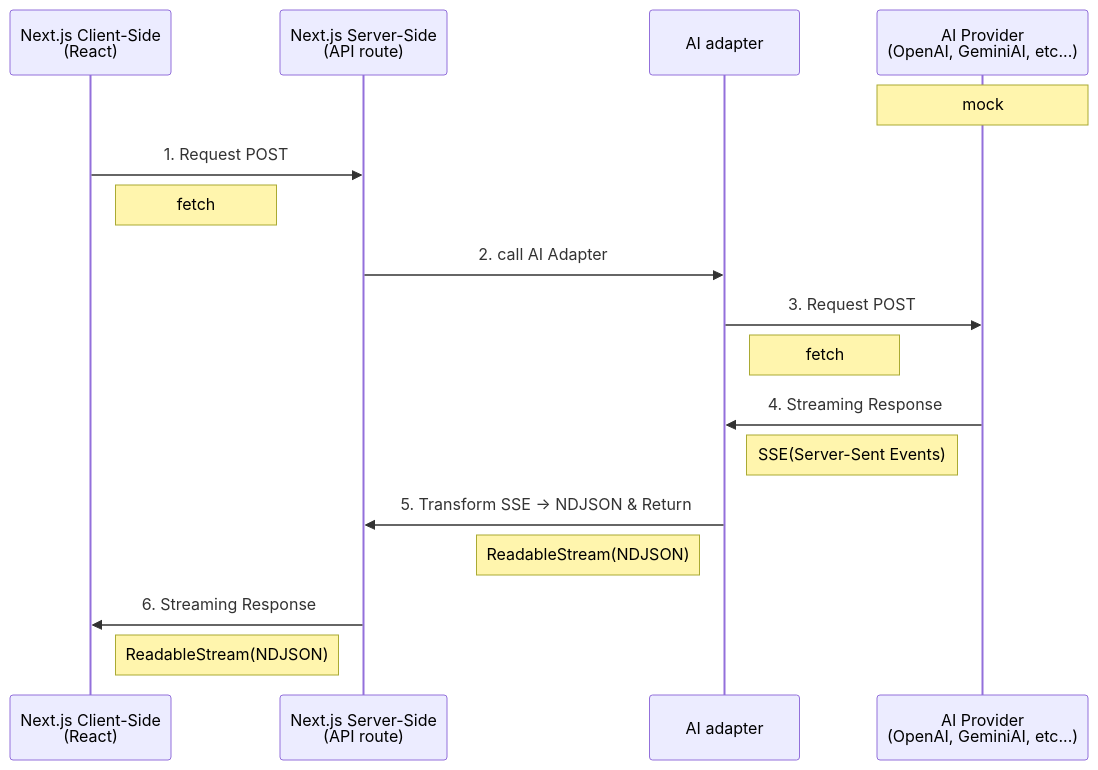
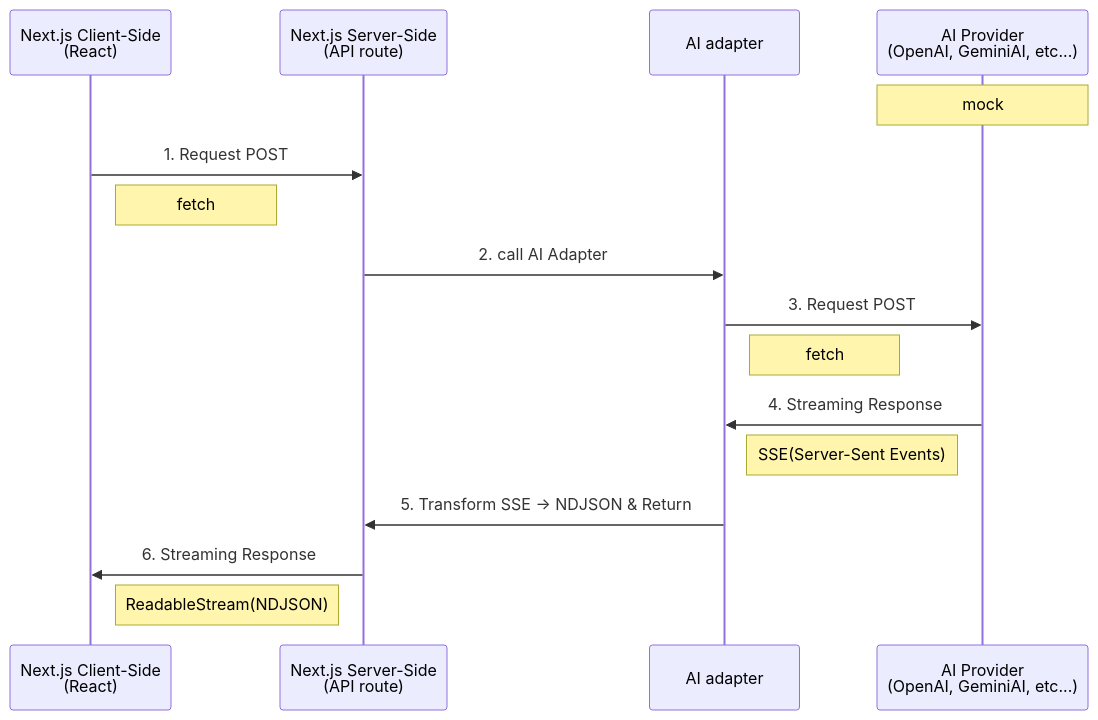
The diagram in _docs/memo.md (sudo-yoko/portfolio-nextjs), drawn with Mermaid before and after one commit.

````diff
--- a/_docs/memo.md
+++ b/_docs/memo.md
@@ -1,27 +1,26 @@
  ```mermaid
 
 sequenceDiagram
 participant C as Next.js Client-Side<br>(React)
 participant S as Next.js Server-Side<br>(API route)
 participant AD as AI adapter
 participant A as AI Provider<br>(OpenAI, GeminiAI, etc...)
 Note over A: mock
 
 C->>S: 1. Request POST
 Note right of C: fetch
 
 S->>AD: 2. call AI Adapter
 
 AD->>A: 3. Request POST
 Note Right of AD: fetch
 
 A->>AD: 4. Streaming Response
 Note left of A: SSE(Server-Sent Events)
 
 AD->>S: 5. Transform SSE → NDJSON & Return
-Note left of AD: ReadableStream(NDJSON)
 
 S->>C: 6. Streaming Response
 Note left of S: ReadableStream(NDJSON)
 
  ```
````
